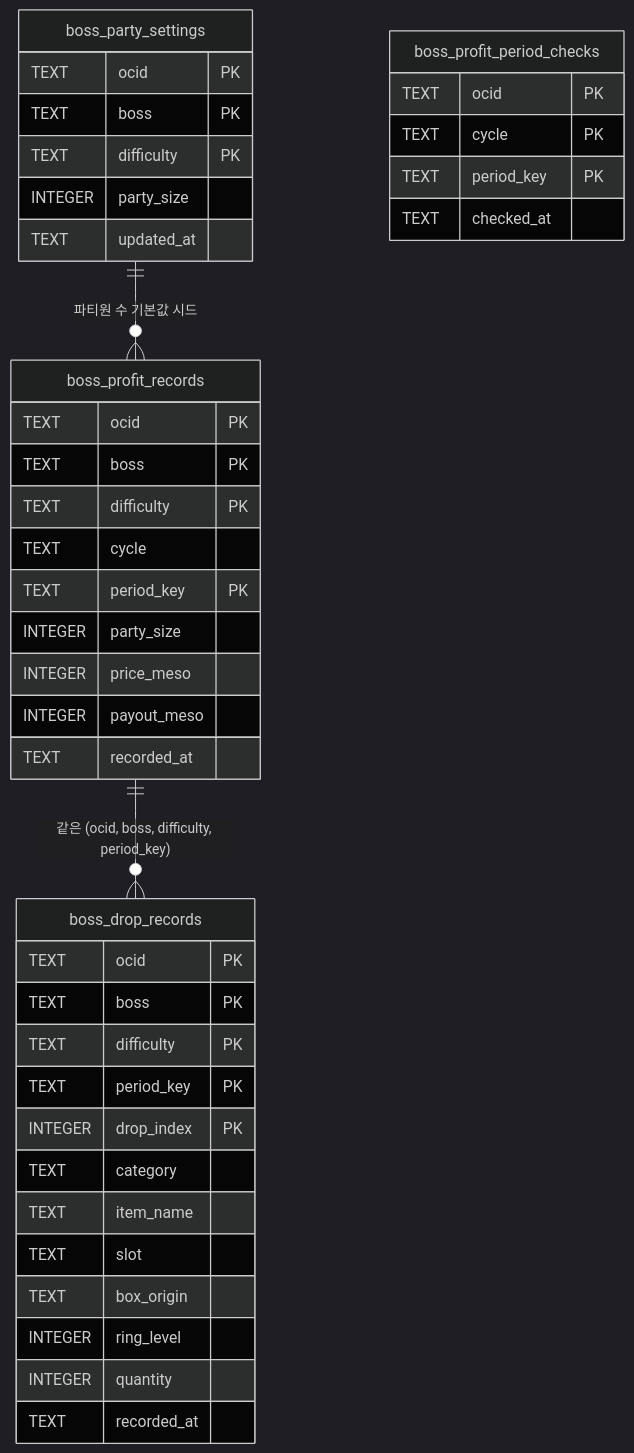
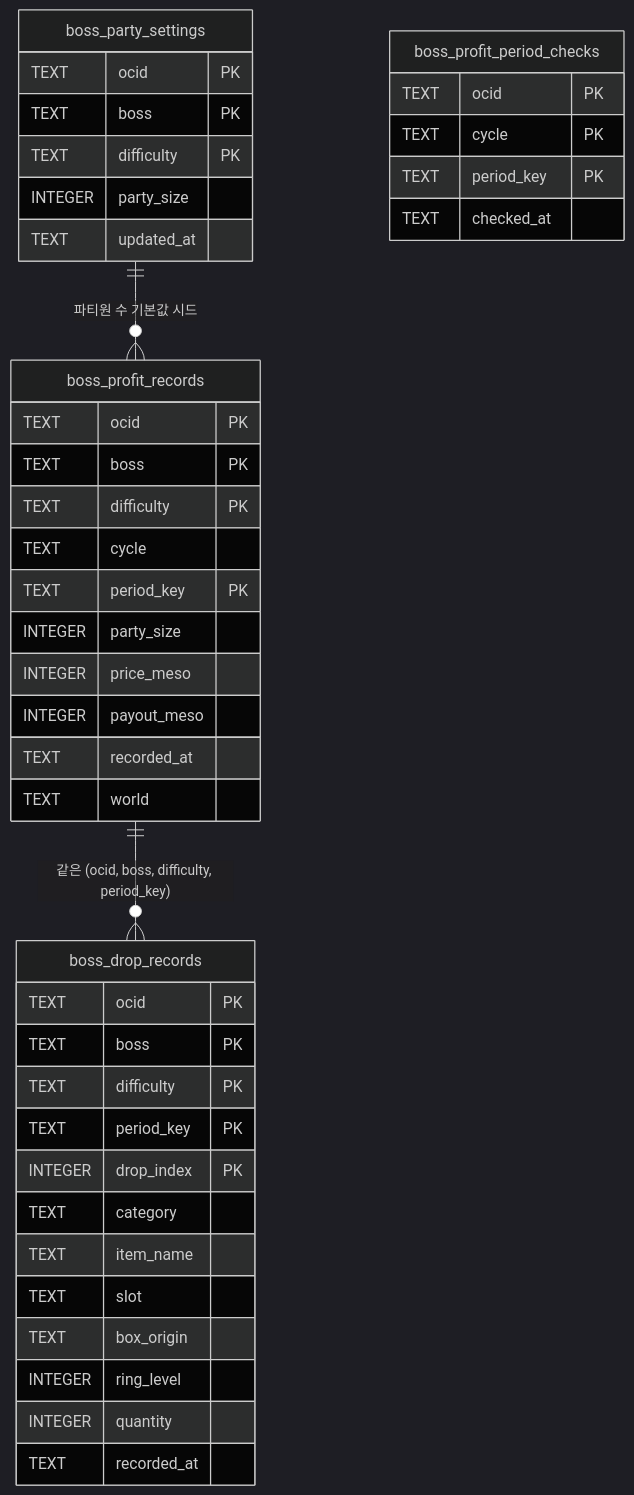
The first of 2 diagrams in docs/persistence/sqlite.md (jini520/maple-routine), drawn with Mermaid (dark theme) before and after one commit. The commit also changed other lines of this file and 10 other files, not shown here.

````diff
--- a/docs/persistence/sqlite.md
+++ b/docs/persistence/sqlite.md
@@ -7,43 +7,44 @@
 ```mermaid
 erDiagram
     boss_profit_records {
         TEXT ocid PK
         TEXT boss PK
         TEXT difficulty PK
         TEXT cycle
         TEXT period_key PK
         INTEGER party_size
         INTEGER price_meso
         INTEGER payout_meso
         TEXT recorded_at
+        TEXT world
     }
     boss_party_settings {
         TEXT ocid PK
         TEXT boss PK
         TEXT difficulty PK
         INTEGER party_size
         TEXT updated_at
     }
     boss_profit_period_checks {
         TEXT ocid PK
         TEXT cycle PK
         TEXT period_key PK
         TEXT checked_at
     }
     boss_drop_records {
         TEXT ocid PK
         TEXT boss PK
         TEXT difficulty PK
         TEXT period_key PK
         INTEGER drop_index PK
         TEXT category
         TEXT item_name
         TEXT slot
         TEXT box_origin
         INTEGER ring_level
         INTEGER quantity
         TEXT recorded_at
     }
     boss_party_settings ||--o{ boss_profit_records : "파티원 수 기본값 시드"
     boss_profit_records ||--o{ boss_drop_records : "같은 (ocid, boss, difficulty, period_key)"
 ```
````
